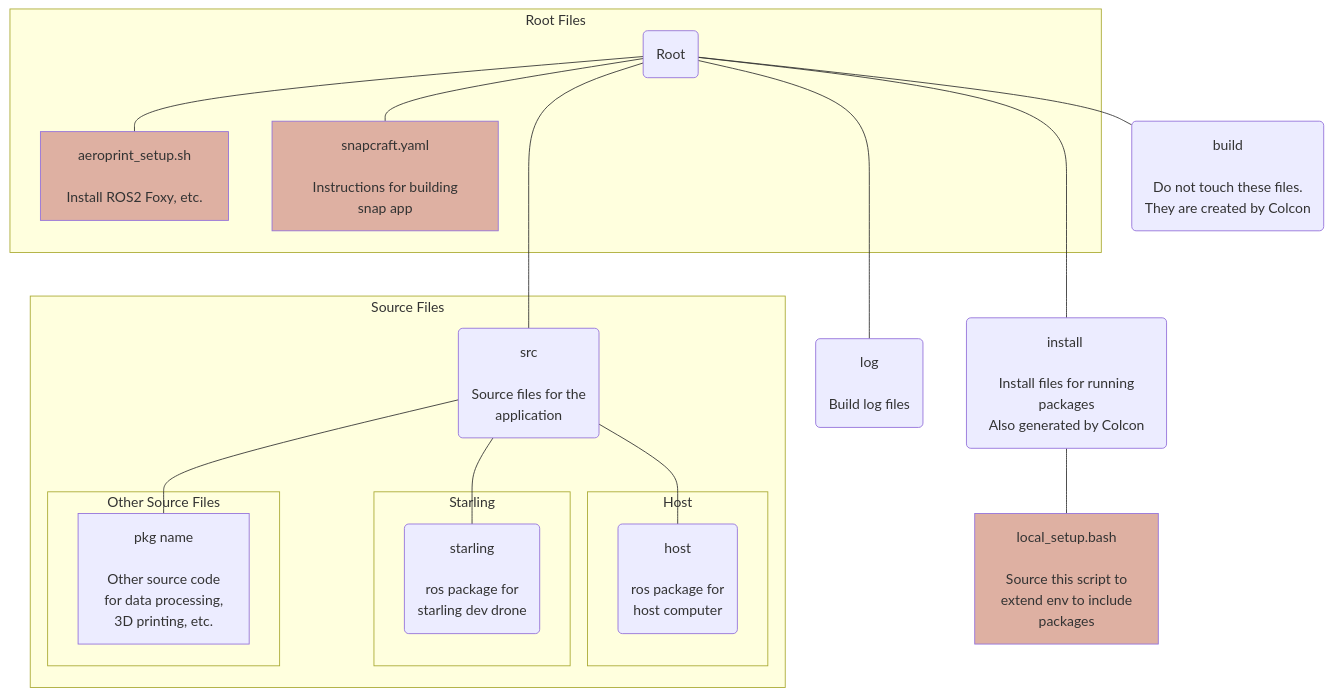
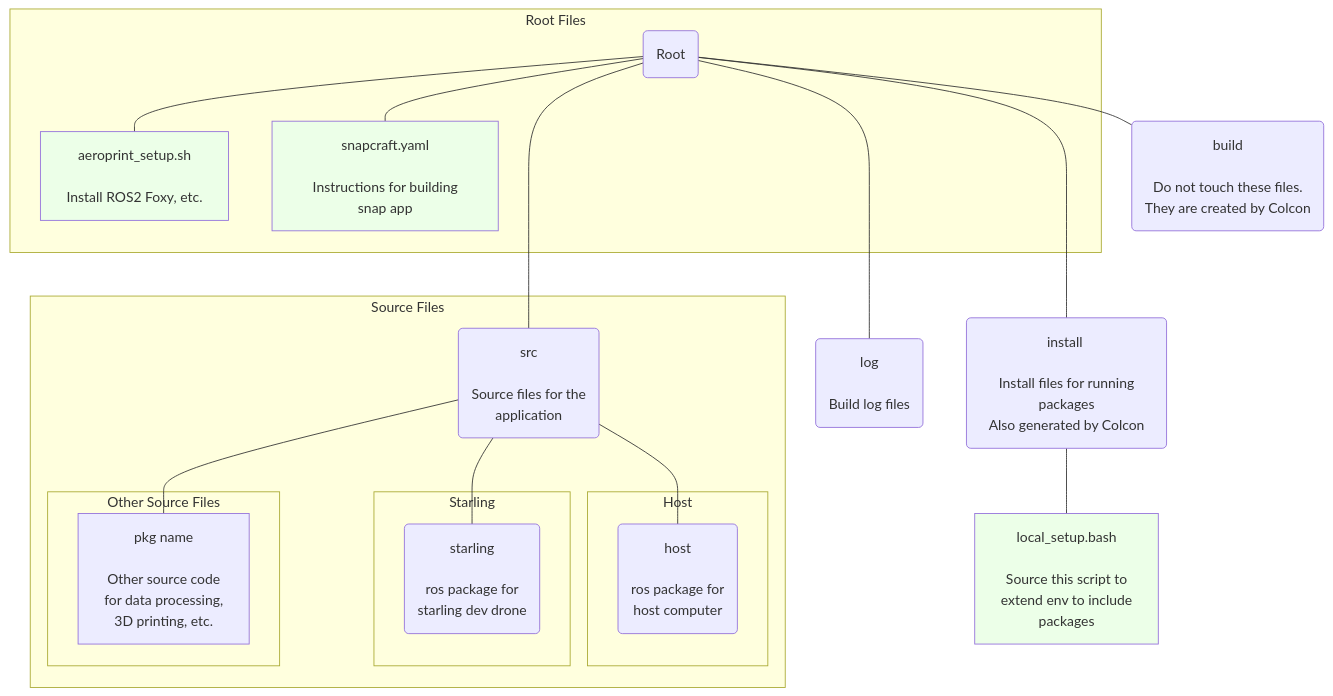
The first of 2 diagrams in readme.md (Digital-Transformation-Center/aeroprint), drawn with Mermaid before and after one commit. The commit also changed other lines of this file, not shown here.

Commit message:
Again - updated file tree color

````diff
--- a/readme.md
+++ b/readme.md
@@ -50,28 +50,28 @@
 ```mermaid
 graph TD;
     root(Root)---build(build \n\n Do not touch these files. \nThey are created by Colcon);
     root ---- install(install \n\n Install files for running packages\nAlso generated by Colcon);
     install --- lsu[local_setup.bash\n\n Source this script to\n extend env to include\n packages]:::file;
     root ---- log(log \n \nBuild log files);
     root ---- src(src\n\n Source files for the\n application)
     subgraph Root Files
         root --- setup[aeroprint_setup.sh\n\n Install ROS2 Foxy, etc.]:::file;
         root --- snapcraft[snapcraft.yaml\n\n Instructions for building snap app]:::file;
     end
     subgraph Source Files
         src --- host;
         src --- starling;
         src --- pkg
         subgraph Host
             host(host\n\n ros package for\n host computer)
         end
         subgraph Starling
             starling(starling\n\n ros package for\nstarling dev drone)
         end
         subgraph Other Source Files
             pkg[pkg name\n\n Other source code\n for data processing, \n 3D printing, etc.]
         end
     end
 
-    classDef file fill:#deb0a2;   
+    classDef file fill:#ecffe8;   
 ```
````
